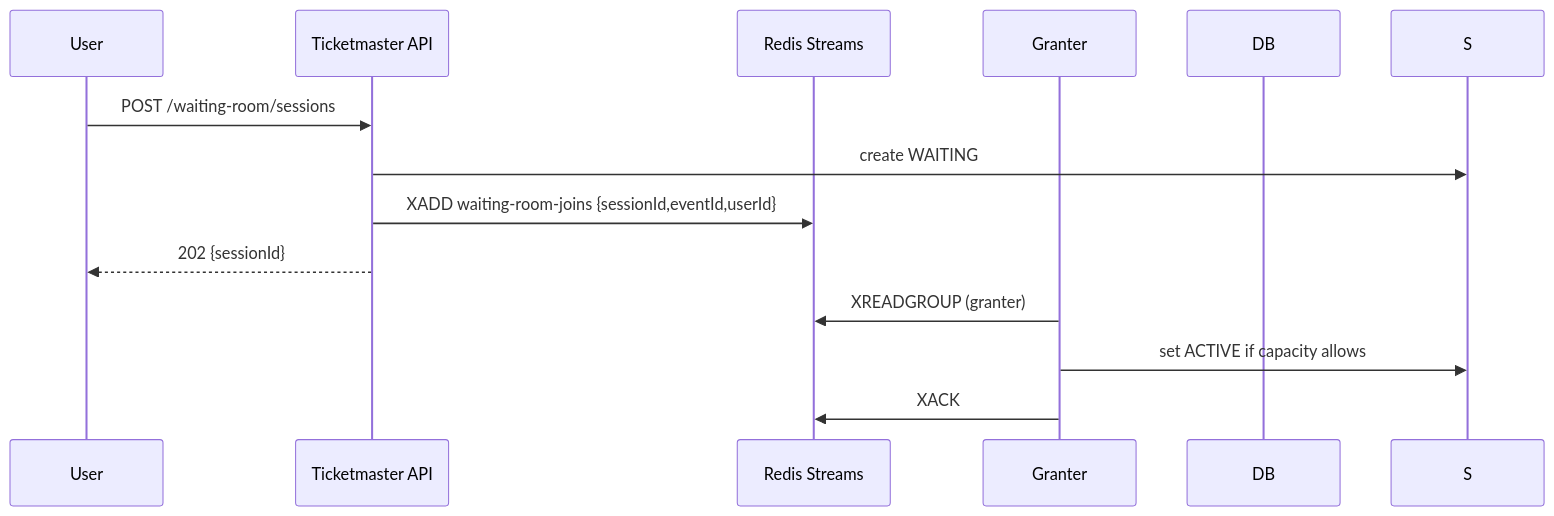
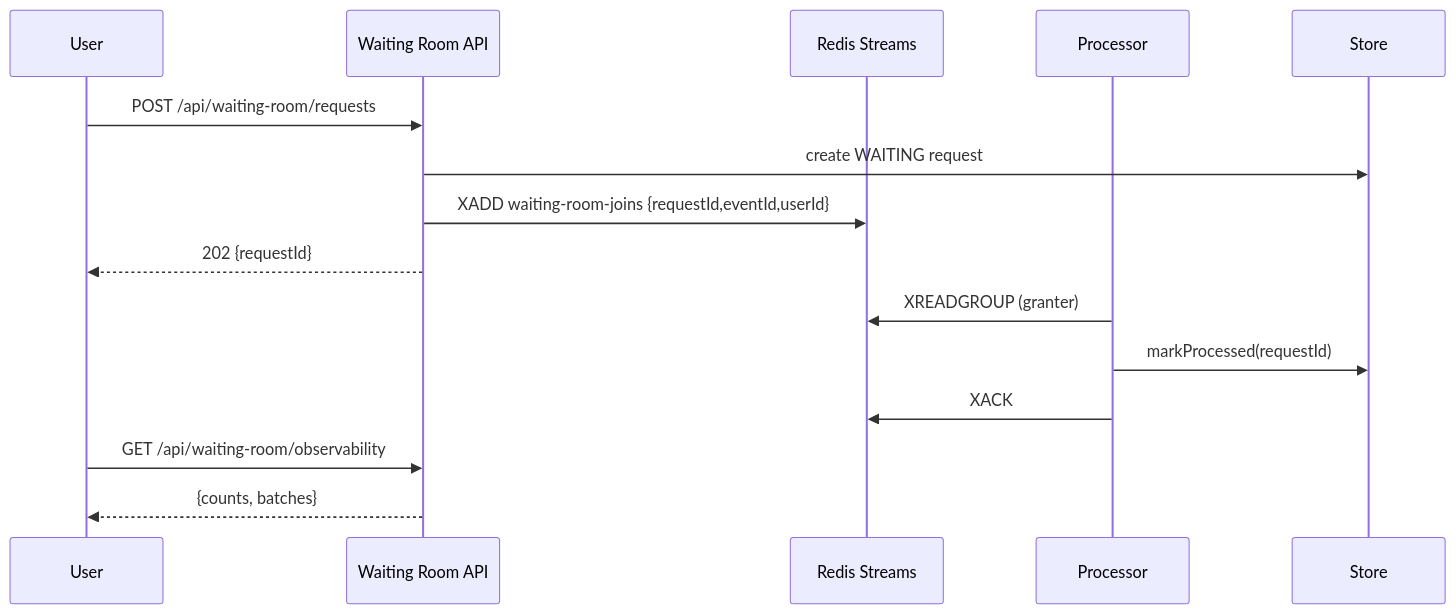
Before and after one commit to ShalomDeitch1/examples: the second of 2 diagrams in ticketmaster/tech-waiting-room/redis-streams/README.md, drawn with Mermaid. The commit also changed other lines of this file and 5 other files, not shown here.

````diff
--- a/ticketmaster/tech-waiting-room/redis-streams/README.md
+++ b/ticketmaster/tech-waiting-room/redis-streams/README.md
@@ -56,17 +61,20 @@
 ```mermaid
 sequenceDiagram
   participant U as User
-  participant TM as Ticketmaster API
+  participant TM as Waiting Room API
   participant R as Redis Streams
-  participant G as Granter
-  participant DB as DB
+  participant P as Processor
+  participant S as Store
 
-  U->>TM: POST /waiting-room/sessions
-  TM->>S: create WAITING
-  TM->>R: XADD waiting-room-joins {sessionId,eventId,userId}
-  TM-->>U: 202 {sessionId}
+  U->>TM: POST /api/waiting-room/requests
+  TM->>S: create WAITING request
+  TM->>R: XADD waiting-room-joins {requestId,eventId,userId}
+  TM-->>U: 202 {requestId}
 
-  G->>R: XREADGROUP (granter)
-  G->>S: set ACTIVE if capacity allows
-  G->>R: XACK
+  P->>R: XREADGROUP (granter)
+  P->>S: markProcessed(requestId)
+  P->>R: XACK
+
+  U->>TM: GET /api/waiting-room/observability
+  TM-->>U: {counts, batches}
 ```
````
